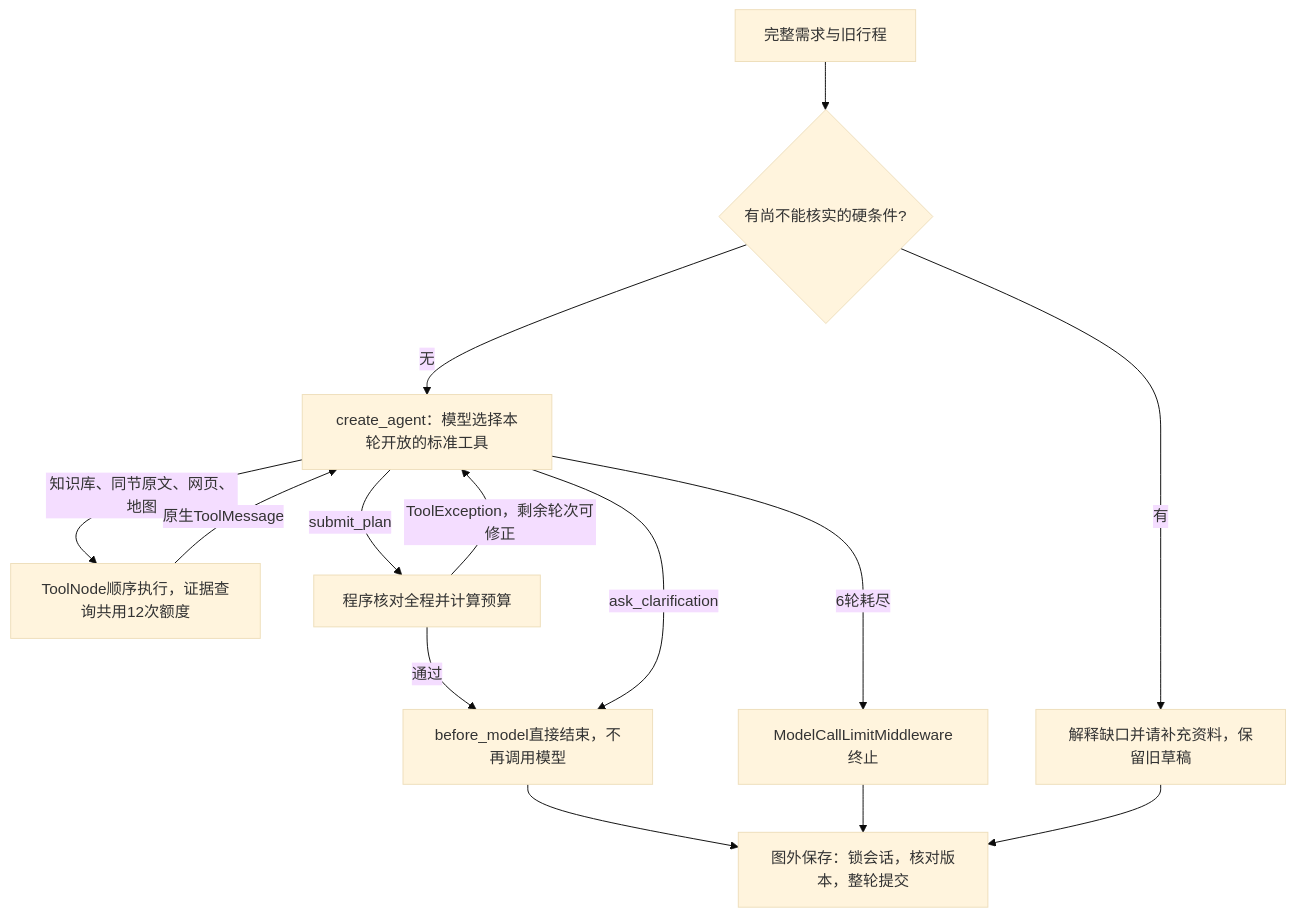
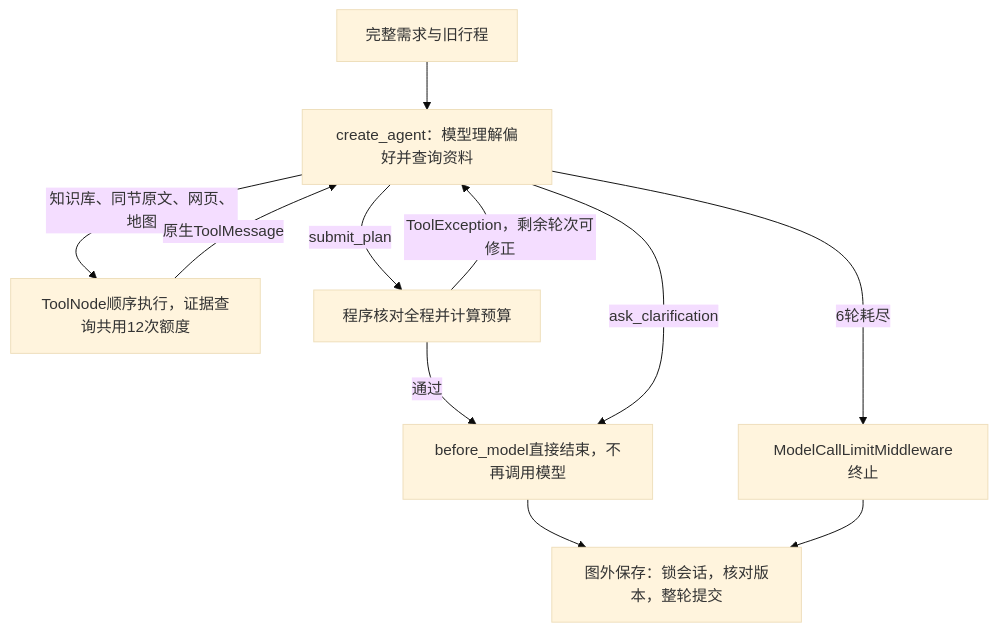
One commit to Charlie-acher/TravelMindAI changed the sixth of 23 diagrams in docs/08-架构设计说明.md. Above: the diagram before and after it, drawn with Mermaid (base theme). The commit also changed other lines of this file and 64 other files, not shown here.

````diff
--- a/docs/08-架构设计说明.md
+++ b/docs/08-架构设计说明.md
@@ -1260,16 +1260,13 @@
 ```mermaid
 flowchart TD
-  A[完整需求与旧行程] --> H{有尚不能核实的硬条件?}
-  H -->|有| Q[解释缺口并请补充资料，保留旧草稿]
-  H -->|无| C[create_agent：模型选择本轮开放的标准工具]
+  A[完整需求与旧行程] --> C[create_agent：模型理解偏好并查询资料]
   C -->|知识库、同节原文、网页、地图| T[ToolNode顺序执行，证据查询共用12次额度]
   T -->|原生ToolMessage| C
   C -->|submit_plan| V[程序核对全程并计算预算]
   V -->|ToolException，剩余轮次可修正| C
   V -->|通过| F[before_model直接结束，不再调用模型]
   C -->|ask_clarification| F
   C -->|6轮耗尽| L[ModelCallLimitMiddleware终止]
   F --> S[图外保存：锁会话，核对版本，整轮提交]
   L --> S
-  Q --> S
 ```
````
